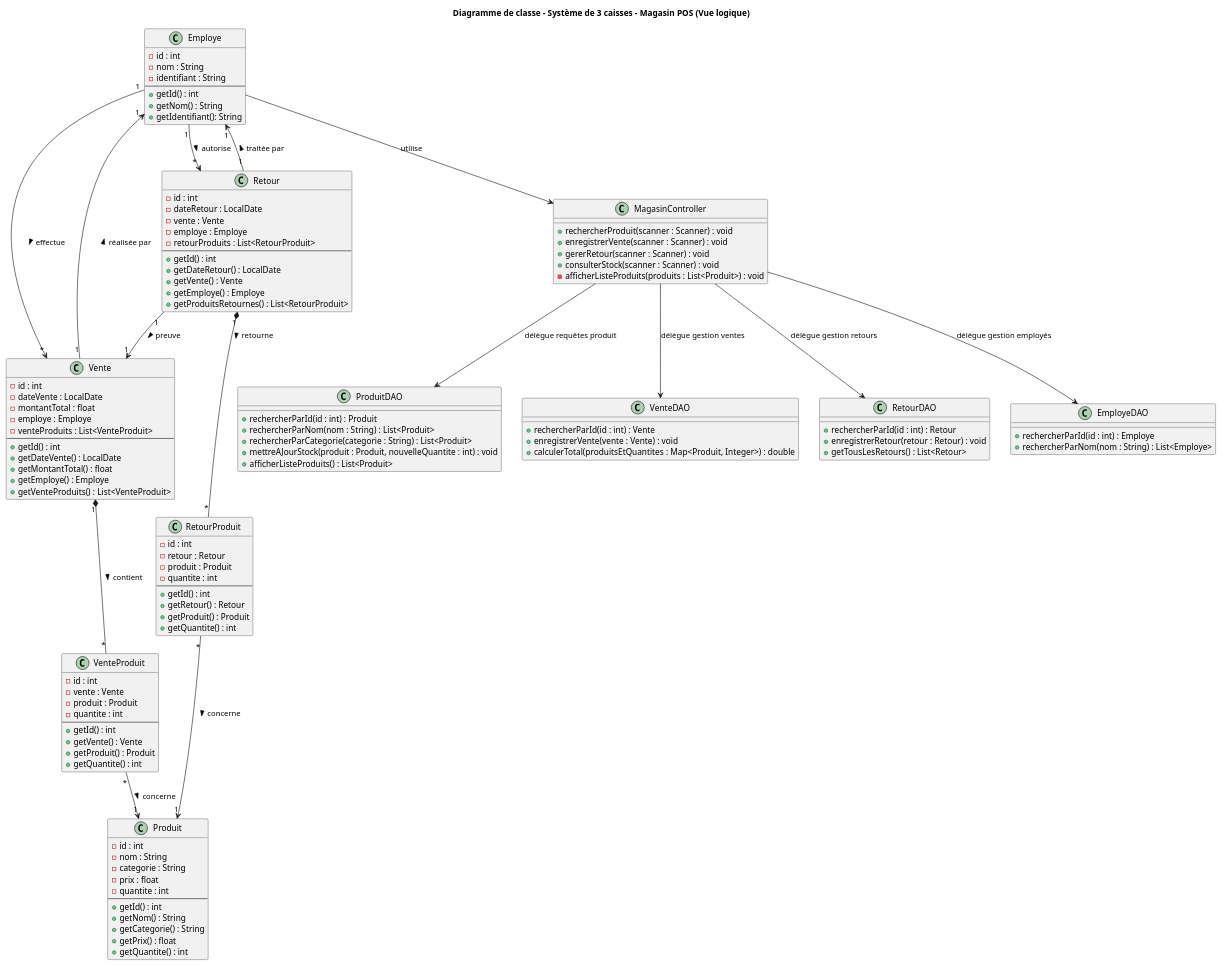
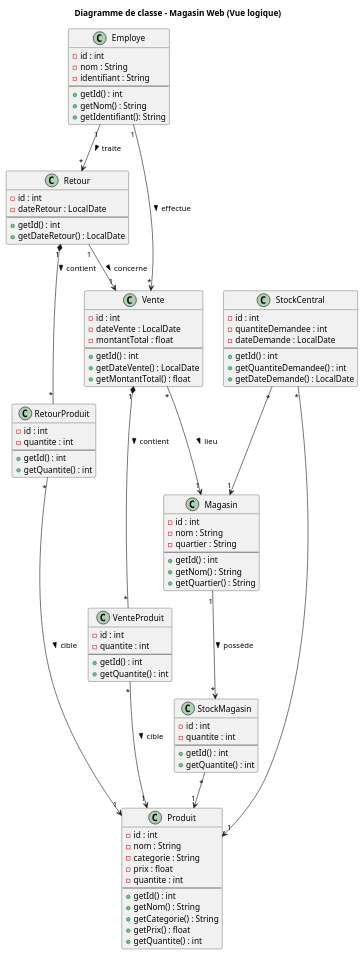
Before and after one commit to SlitherinSnake/tp0-1-2-log430: the diagram in docs/diagrams/dcl.puml, drawn with PlantUML. The commit also changed 14 other files, not shown here.

```diff
--- a/docs/diagrams/dcl.puml
+++ b/docs/diagrams/dcl.puml
@@ -1,150 +1,124 @@
 @startuml
-title Diagramme de classe - Système de 3 caisses - Magasin POS (Vue logique)
+title Diagramme de classe - Magasin Web (Vue logique)
 
 ' === Entités principales ===
+
 class Employe {
   - id : int
   - nom : String
   - identifiant : String
   --
   + getId() : int
   + getNom() : String
   + getIdentifiant(): String
+}
+
+class Magasin {
+  - id : int
+  - nom : String
+  - quartier : String
+  --
+  + getId() : int
+  + getNom() : String
+  + getQuartier() : String
 }
 
 class Produit {
   - id : int
   - nom : String
   - categorie : String
   - prix : float
   - quantite : int
   --
   + getId() : int
   + getNom() : String
   + getCategorie() : String
   + getPrix() : float
   + getQuantite() : int
 }
 
 class Vente {
   - id : int
   - dateVente : LocalDate
   - montantTotal : float
-  - employe : Employe
-  - venteProduits : List<VenteProduit>
   --
   + getId() : int
   + getDateVente() : LocalDate
   + getMontantTotal() : float
-  + getEmploye() : Employe
-  + getVenteProduits() : List<VenteProduit>
+}
+
+class VenteProduit {
+  - id : int
+  - quantite : int
+  --
+  + getId() : int
+  + getQuantite() : int
 }
 
 class Retour {
   - id : int
   - dateRetour : LocalDate
-  - vente : Vente
-  - employe : Employe
-  - retourProduits : List<RetourProduit>
   --
   + getId() : int
   + getDateRetour() : LocalDate
-  + getVente() : Vente
-  + getEmploye() : Employe
-  + getProduitsRetournes() : List<RetourProduit>
-}
-
-class VenteProduit {
-  - id : int
-  - vente : Vente
-  - produit : Produit
-  - quantite : int
-  --
-  + getId() : int
-  + getVente() : Vente
-  + getProduit() : Produit
-  + getQuantite() : int
 }
 
 class RetourProduit {
   - id : int
-  - retour : Retour
-  - produit : Produit
   - quantite : int
   --
   + getId() : int
-  + getRetour() : Retour
-  + getProduit() : Produit
   + getQuantite() : int
 }
 
-' === DAO ===
-class ProduitDAO {
-  + rechercherParId(id : int) : Produit
-  + rechercherParNom(nom : String) : List<Produit>
-  + rechercherParCategorie(categorie : String) : List<Produit>
-  + mettreAJourStock(produit : Produit, nouvelleQuantite : int) : void
-  + afficherListeProduits() : List<Produit>
+class StockMagasin {
+  - id : int
+  - quantite : int
+  --
+  + getId() : int
+  + getQuantite() : int
 }
 
-
-class VenteDAO {
-  + rechercherParId(id : int) : Vente
-  + enregistrerVente(vente : Vente) : void
-  + calculerTotal(produitsEtQuantites : Map<Produit, Integer>) : double
+class StockCentral {
+  - id : int
+  - quantiteDemandee : int
+  - dateDemande : LocalDate
+  --
+  + getId() : int
+  + getQuantiteDemandee() : int
+  + getDateDemande() : LocalDate
 }
 
-class RetourDAO {
-  + rechercherParId(id : int) : Retour
-  + enregistrerRetour(retour : Retour) : void
-  + getTousLesRetours() : List<Retour>
-}
+' === Relations de base ===
 
-class EmployeDAO {
-  + rechercherParId(id : int) : Employe
-  + rechercherParNom(nom : String) : List<Employe>
-}
+' Employé réalise ventes et retours
+Employe "1" --> "*" Vente : effectue >
+Employe "1" --> "*" Retour : traite >
 
-' === Contrôleur ===
-class MagasinController {
-  + rechercherProduit(scanner : Scanner) : void
-  + enregistrerVente(scanner : Scanner) : void
-  + gererRetour(scanner : Scanner) : void
-  + consulterStock(scanner : Scanner) : void
-  - afficherListeProduits(produits : List<Produit>) : void
-}
+' Vente liée à un magasin
+Vente "*" --> "1" Magasin : lieu >
 
-' === Relations ===
-' Employé utilise le contrôleur
-Employe --> MagasinController : utilise
+' Retour lié à une vente
+Retour "1" --> "1" Vente : concerne >
 
-' Utilisation des DAO par le contrôleur
-MagasinController --> ProduitDAO : délègue requêtes produit
-MagasinController --> VenteDAO : délègue gestion ventes
-MagasinController --> RetourDAO : délègue gestion retours
-MagasinController --> EmployeDAO : délègue gestion employés
+' Vente *-- VenteProduit (composition)
+Vente "1" *-- "*" VenteProduit : contient >
 
-' Employé effectue plusieurs ventes et retours
-Employe "1" --> "*" Vente : effectue >
-Employe "1" --> "*" Retour : autorise >
+' Retour *-- RetourProduit (composition)
+Retour "1" *-- "*" RetourProduit : contient >
 
-' Vente et Retour liée à un employé
-Vente "1" --> "1" Employe : réalisée par >
-Retour "1" --> "1" Employe : traitée par >
+' Lignes de vente/retour concernent un produit
+VenteProduit "*" --> "1" Produit : cible >
+RetourProduit "*" --> "1" Produit : cible >
 
-' Retour référence une vente existante
-Retour "1" --> "1" Vente : preuve >
+' Magasin a un stock local
+Magasin "1" --> "*" StockMagasin : possède >
 
-' Vente et Retour contient plusieurs lignes de produit
-' "*--" et non "--", car VenteProduit et RetourProduit sont des compositions
-' et non associations, car c'est pas un objet indépendant, mais une composition
-' soit un objet (une partie) qui dépend entièrement de tout (Vente et Retour)
-Vente "1" *-- "*" VenteProduit : contient >
-Retour "1" *-- "*" RetourProduit : retourne >
+' Produit présent dans stock local
+StockMagasin "*" --> "1" Produit
 
-' Chaque ligne produit est associée à un produit
-VenteProduit "*" --> "1" Produit : concerne >
-RetourProduit "*" --> "1" Produit : concerne >
-
+' Stock central : une demande associe un produit à un magasin
+StockCentral "*" --> "1" Produit
+StockCentral "*" --> "1" Magasin
 
 @enduml
```
